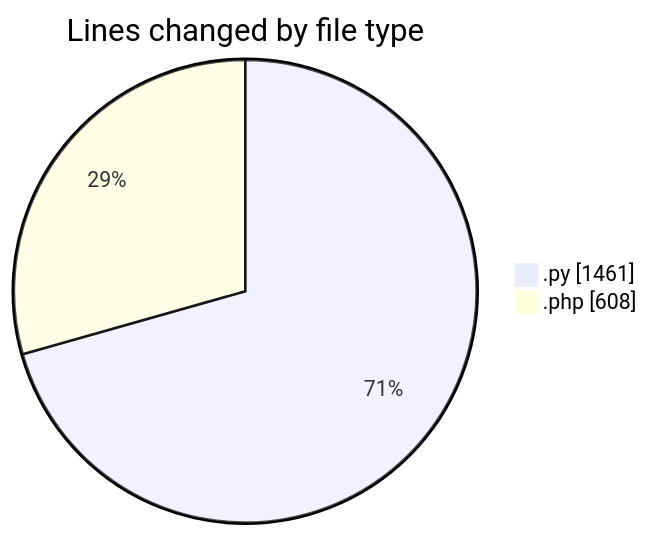
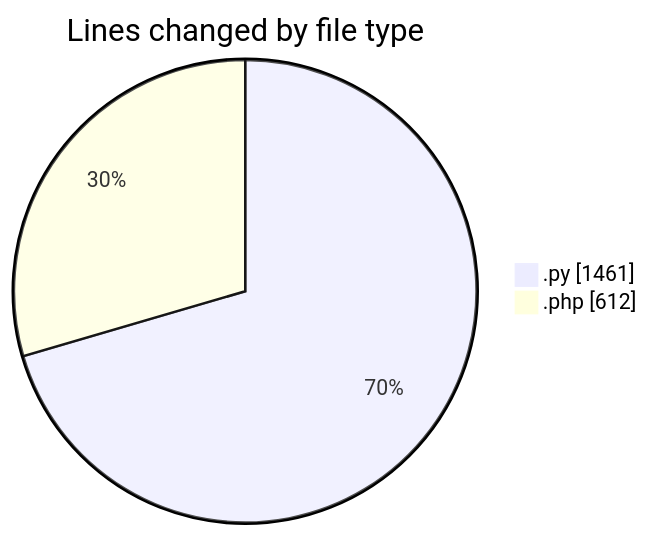
One commit to debugP/code-tracking changed the first of 2 diagrams in 2026-07-06/wp-content/README.md. Above: the diagram before and after it, drawn with Mermaid. The commit also changed other lines of this file and 1 other file, not shown here.

````diff
--- a/2026-07-06/wp-content/README.md
+++ b/2026-07-06/wp-content/README.md
@@ -22,6 +22,6 @@
 ```mermaid
 pie showData
 title Lines changed by file type
 ".py" : 1461
-".php" : 608
+".php" : 612
 ```
````
